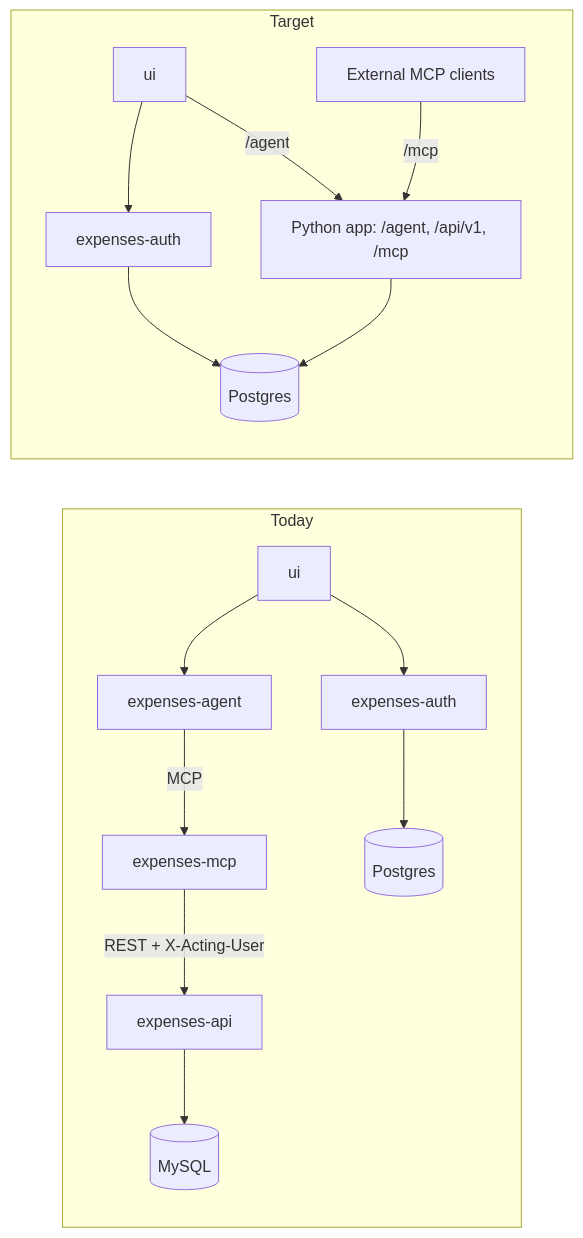
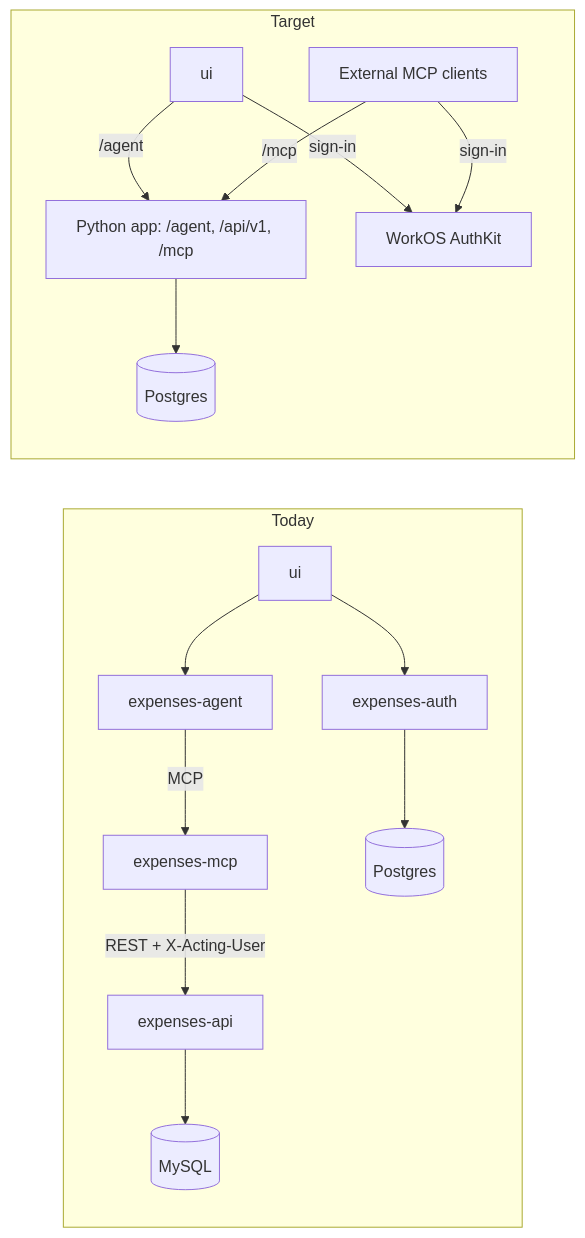
One commit to Blaise-Shyaka/expenses-log-ai-agent changed the diagram in docs/architecture.md. Above: the diagram before and after it, drawn with Mermaid. The commit also changed other lines of this file, not shown here.

Commit message:
Move the WorkOS switch to right after Phase 1 (#100)

````diff
--- a/docs/architecture.md
+++ b/docs/architecture.md
@@ -9,18 +9,18 @@
 ```mermaid
 flowchart LR
   subgraph Today
     ui1[ui] --> agent1[expenses-agent]
     agent1 -- MCP --> mcp1[expenses-mcp]
     mcp1 -- REST + X-Acting-User --> api1[expenses-api]
     api1 --> mysql[(MySQL)]
     ui1 --> auth1[expenses-auth]
     auth1 --> pg1[(Postgres)]
   end
   subgraph Target
     ui2[ui] -- /agent --> app[Python app: /agent, /api/v1, /mcp]
     ext[External MCP clients] -- /mcp --> app
-    ui2 --> auth2[expenses-auth]
+    ui2 -- sign-in --> workos[WorkOS AuthKit]
+    ext -- sign-in --> workos
     app --> pg2[(Postgres)]
-    auth2 --> pg2
   end
 ```
````
